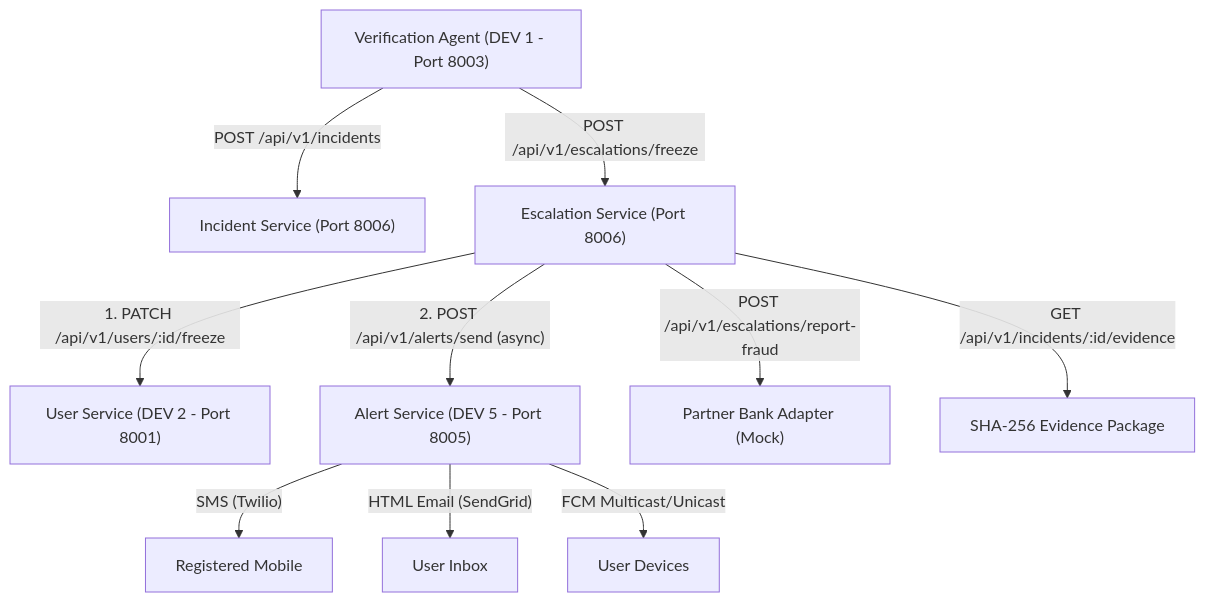
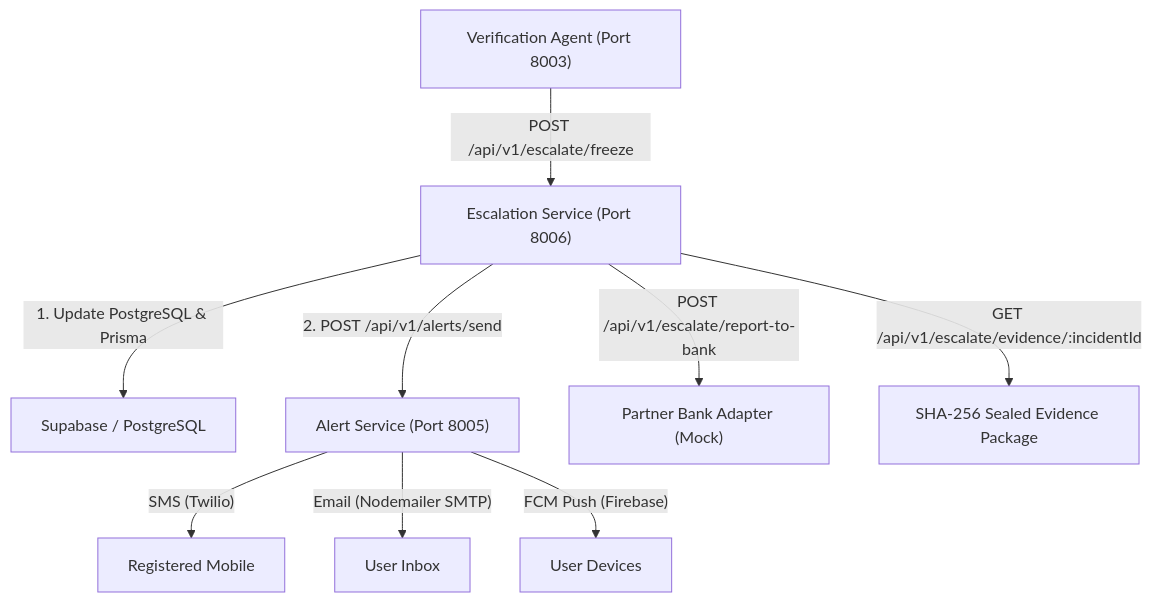
The diagram in docs/dev5-integrations.md (Harsh-tech81/PayPal-AI-Hackathon), drawn with Mermaid before and after one commit. The commit also changed other lines of this file, not shown here.

Commit message:
docs: update dev5 integrations guide to reflect Fastify TypeScript architecture

````diff
--- a/docs/dev5-integrations.md
+++ b/docs/dev5-integrations.md
@@ -13,15 +13,14 @@
 ```mermaid
 flowchart TD
-    VA["Verification Agent (DEV 1 - Port 8003)"] -->|"POST /api/v1/incidents"| INC["Incident Service (Port 8006)"]
-    VA -->|"POST /api/v1/escalations/freeze"| ESC["Escalation Service (Port 8006)"]
+    VA["Verification Agent (Port 8003)"] -->|"POST /api/v1/escalate/freeze"| ESC["Escalation Service (Port 8006)"]
     
-    ESC -->|"1. PATCH /api/v1/users/:id/freeze"| US["User Service (DEV 2 - Port 8001)"]
-    ESC -->|"2. POST /api/v1/alerts/send (async)"| AS["Alert Service (DEV 5 - Port 8005)"]
+    ESC -->|"1. Update PostgreSQL & Prisma"| DB["Supabase / PostgreSQL"]
+    ESC -->|"2. POST /api/v1/alerts/send"| AS["Alert Service (Port 8005)"]
     
     AS -->|"SMS (Twilio)"| SMS["Registered Mobile"]
-    AS -->|"HTML Email (SendGrid)"| EMAIL["User Inbox"]
-    AS -->|"FCM Multicast/Unicast"| PUSH["User Devices"]
+    AS -->|"Email (Nodemailer SMTP)"| EMAIL["User Inbox"]
+    AS -->|"FCM Push (Firebase)"| PUSH["User Devices"]
     
-    ESC -->|"POST /api/v1/escalations/report-fraud"| BANK["Partner Bank Adapter (Mock)"]
-    ESC -->|"GET /api/v1/incidents/:id/evidence"| FORENSIC["SHA-256 Evidence Package"]
+    ESC -->|"POST /api/v1/escalate/report-to-bank"| BANK["Partner Bank Adapter (Mock)"]
+    ESC -->|"GET /api/v1/escalate/evidence/:incidentId"| FORENSIC["SHA-256 Sealed Evidence Package"]
 ```
````
